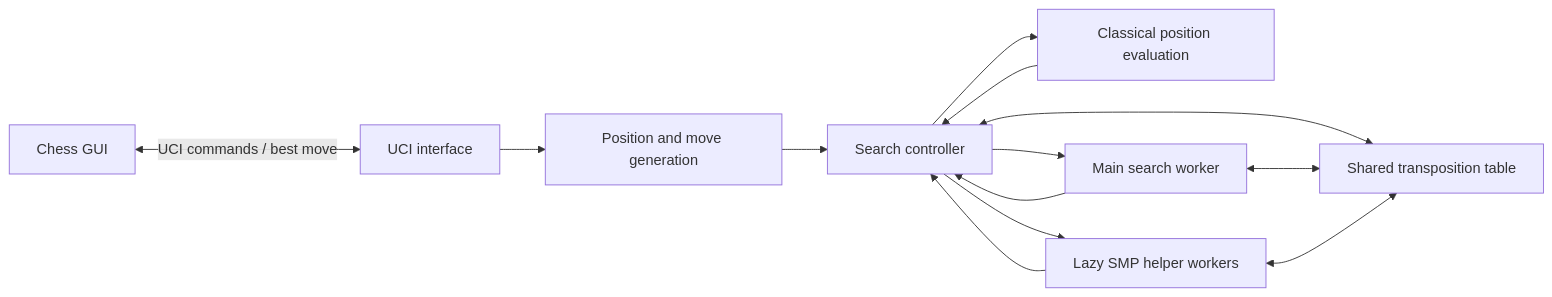
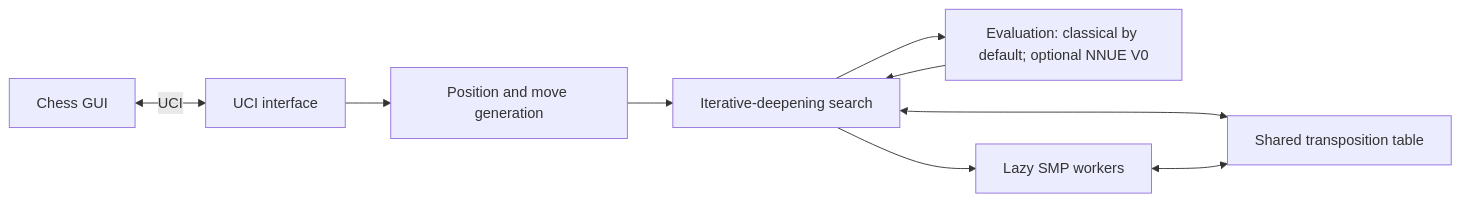
One commit to theveryheavy/Pacu changed the diagram in README.md. Above: the diagram before and after it, drawn with Mermaid. The commit also changed other lines of this file, not shown here.

````diff
--- a/README.md
+++ b/README.md
@@ -111,15 +43,11 @@
 ```mermaid
 flowchart LR
-    GUI["Chess GUI"] <-->|"UCI commands / best move"| UCI["UCI interface"]
+    GUI["Chess GUI"] <-->|UCI| UCI["UCI interface"]
     UCI --> POS["Position and move generation"]
-    POS --> SEARCH["Search controller"]
-    SEARCH --> EVAL["Classical position evaluation"]
+    POS --> SEARCH["Iterative-deepening search"]
+    SEARCH --> EVAL["Evaluation: classical by default; optional NNUE V0"]
     EVAL --> SEARCH
     SEARCH <--> TT["Shared transposition table"]
-    SEARCH --> MAIN["Main search worker"]
-    SEARCH --> HELPERS["Lazy SMP helper workers"]
-    MAIN <--> TT
-    HELPERS <--> TT
-    MAIN --> SEARCH
-    HELPERS --> SEARCH
+    SEARCH --> WORKERS["Lazy SMP workers"]
+    WORKERS <--> TT
 ```
````
